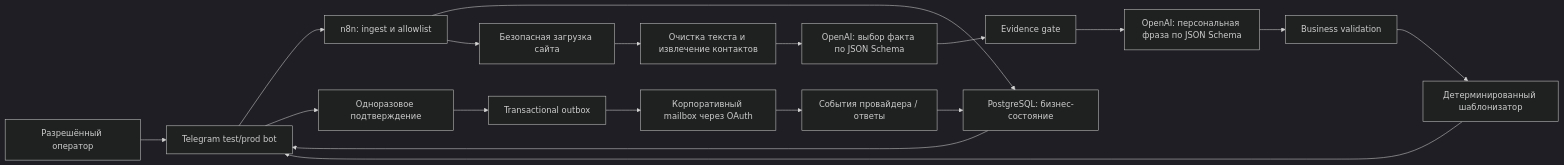
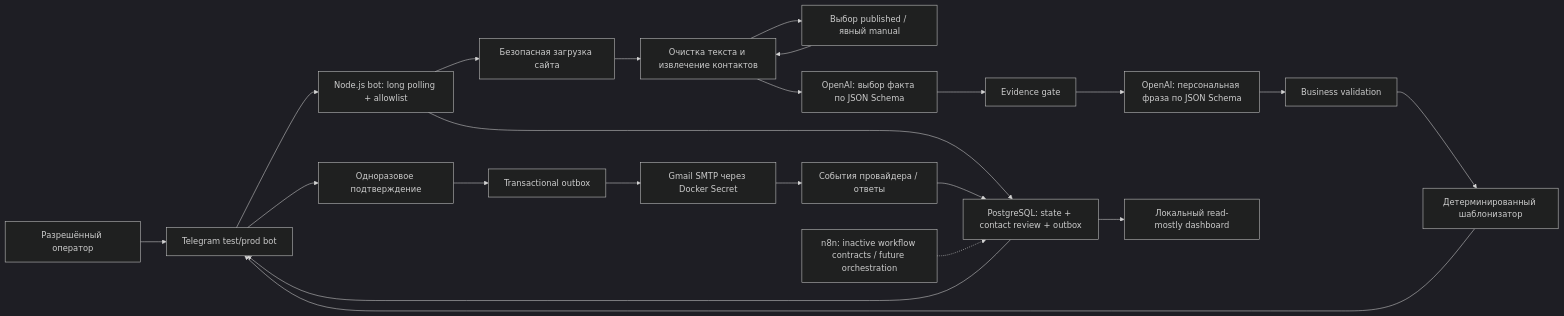
The diagram in TECHNICAL_SPEC.md (iurii-izman/workoutreach), drawn with Mermaid (dark theme) before and after one commit. The commit also changed other lines of this file and 16 other files, not shown here.

````diff
--- a/TECHNICAL_SPEC.md
+++ b/TECHNICAL_SPEC.md
@@ -181,20 +182,24 @@
 ```mermaid
 flowchart LR
     U["Разрешённый оператор"] --> TG["Telegram test/prod bot"]
-    TG --> IN["n8n: ingest и allowlist"]
-    IN --> PG["PostgreSQL: бизнес-состояние"]
+    TG --> IN["Node.js bot: long polling + allowlist"]
+    IN --> PG["PostgreSQL: state + contact review + outbox"]
     IN --> F["Безопасная загрузка сайта"]
     F --> X["Очистка текста и извлечение контактов"]
+    X --> CR["Выбор published / явный manual"]
+    CR --> X
     X --> A1["OpenAI: выбор факта по JSON Schema"]
     A1 --> G1["Evidence gate"]
     G1 --> A2["OpenAI: персональная фраза по JSON Schema"]
     A2 --> G2["Business validation"]
     G2 --> T["Детерминированный шаблонизатор"]
     T --> TG
     TG --> AP["Одноразовое подтверждение"]
     AP --> O["Transactional outbox"]
-    O --> M["Корпоративный mailbox через OAuth"]
+    O --> M["Gmail SMTP через Docker Secret"]
     M --> E["События провайдера / ответы"]
     E --> PG
     PG --> TG
+    N8N["n8n: inactive workflow contracts / future orchestration"] -.-> PG
+    PG --> D["Локальный read-mostly dashboard"]
 ```
````
